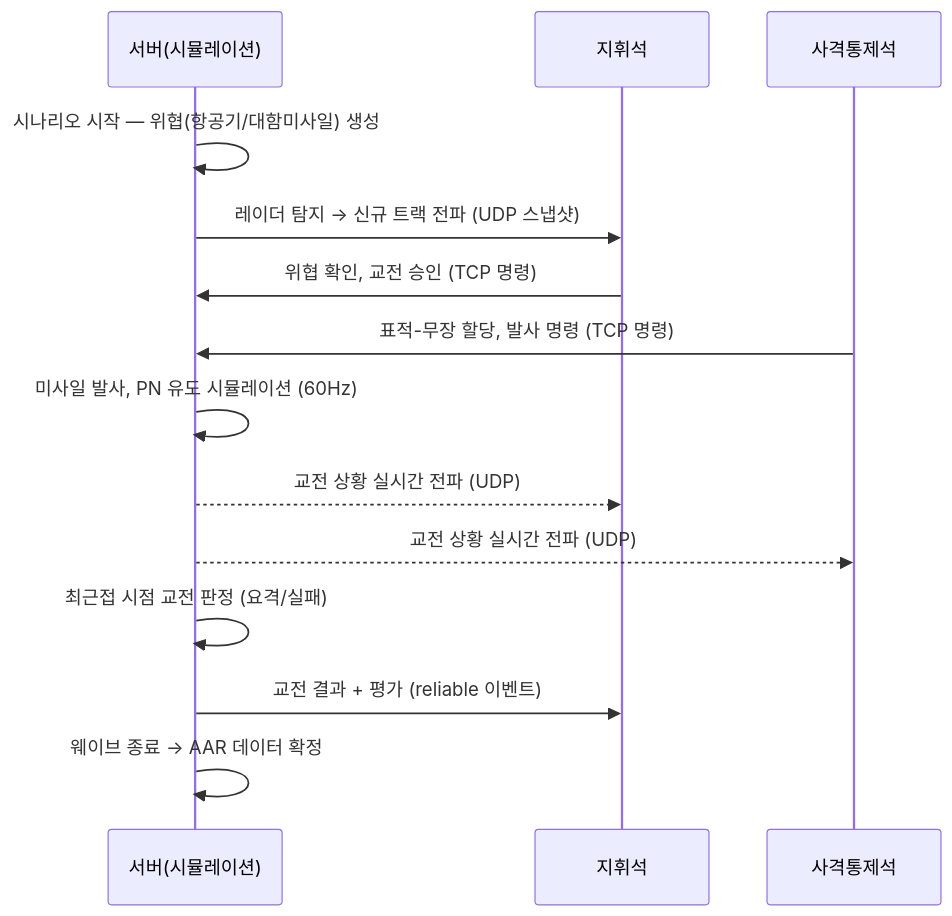
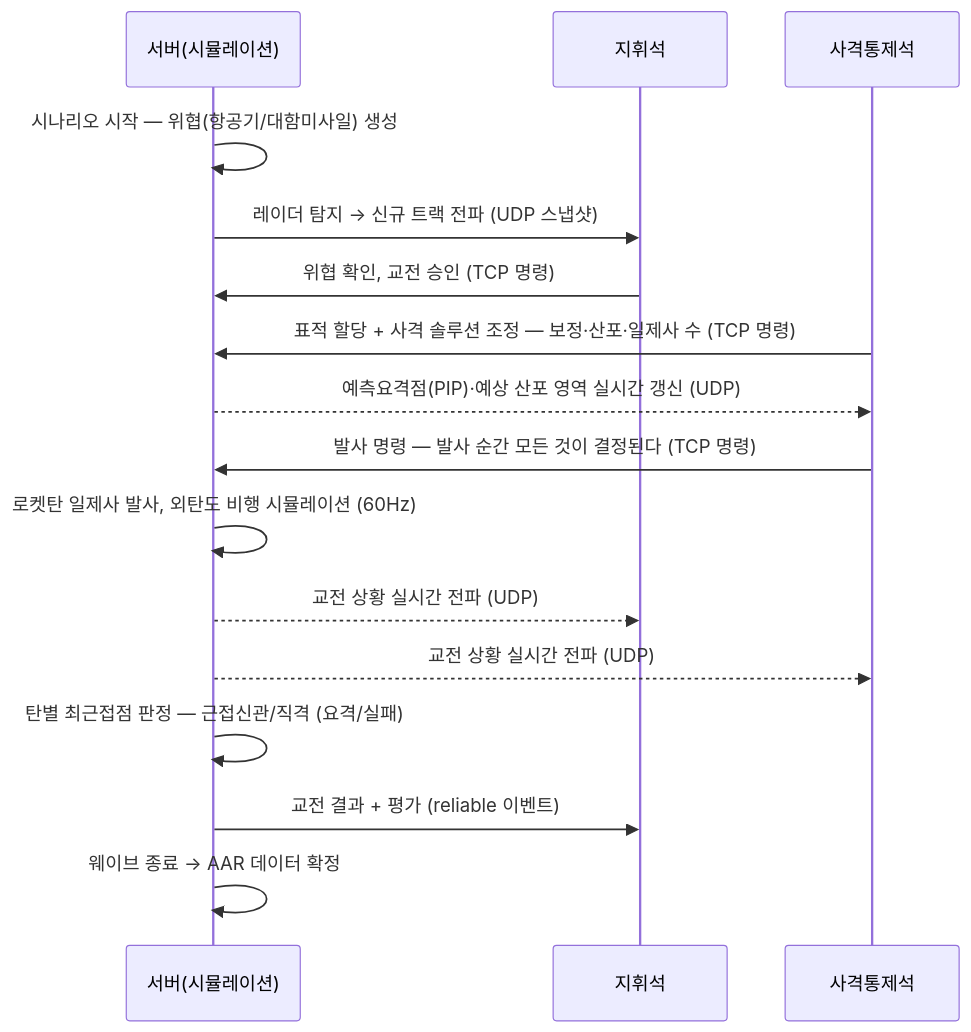
Before and after one commit to Nhahan/seashield: the first of 2 diagrams in docs/01-기획서.md, drawn with Mermaid. The commit also changed other lines of this file and 2 other files, not shown here.

````diff
--- a/docs/01-기획서.md
+++ b/docs/01-기획서.md
@@ -127,16 +140,18 @@
 ```mermaid
 sequenceDiagram
     participant S as 서버(시뮬레이션)
     participant C as 지휘석
     participant W as 사격통제석
     S->>S: 시나리오 시작 — 위협(항공기/대함미사일) 생성
     S->>C: 레이더 탐지 → 신규 트랙 전파 (UDP 스냅샷)
     C->>S: 위협 확인, 교전 승인 (TCP 명령)
-    W->>S: 표적-무장 할당, 발사 명령 (TCP 명령)
-    S->>S: 미사일 발사, PN 유도 시뮬레이션 (60Hz)
+    W->>S: 표적 할당 + 사격 솔루션 조정 — 보정·산포·일제사 수 (TCP 명령)
+    S-->>W: 예측요격점(PIP)·예상 산포 영역 실시간 갱신 (UDP)
+    W->>S: 발사 명령 — 발사 순간 모든 것이 결정된다 (TCP 명령)
+    S->>S: 로켓탄 일제사 발사, 외탄도 비행 시뮬레이션 (60Hz)
     S-->>C: 교전 상황 실시간 전파 (UDP)
     S-->>W: 교전 상황 실시간 전파 (UDP)
-    S->>S: 최근접 시점 교전 판정 (요격/실패)
+    S->>S: 탄별 최근접점 판정 — 근접신관/직격 (요격/실패)
     S->>C: 교전 결과 + 평가 (reliable 이벤트)
     S->>S: 웨이브 종료 → AAR 데이터 확정
 ```
````
